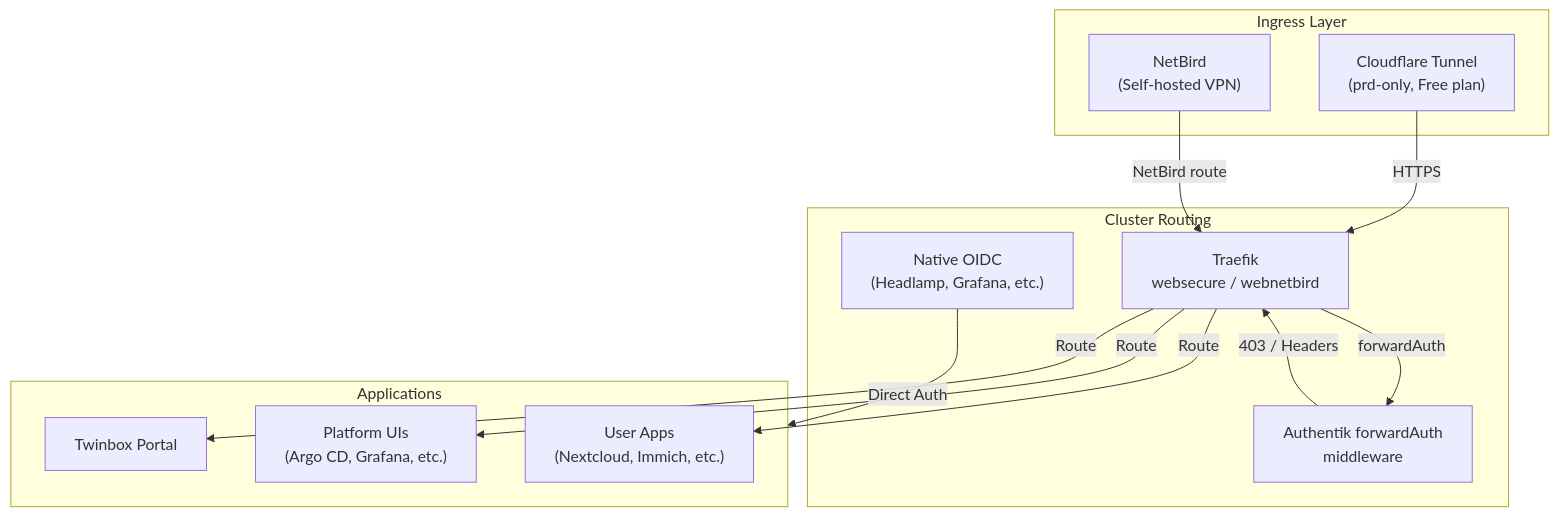
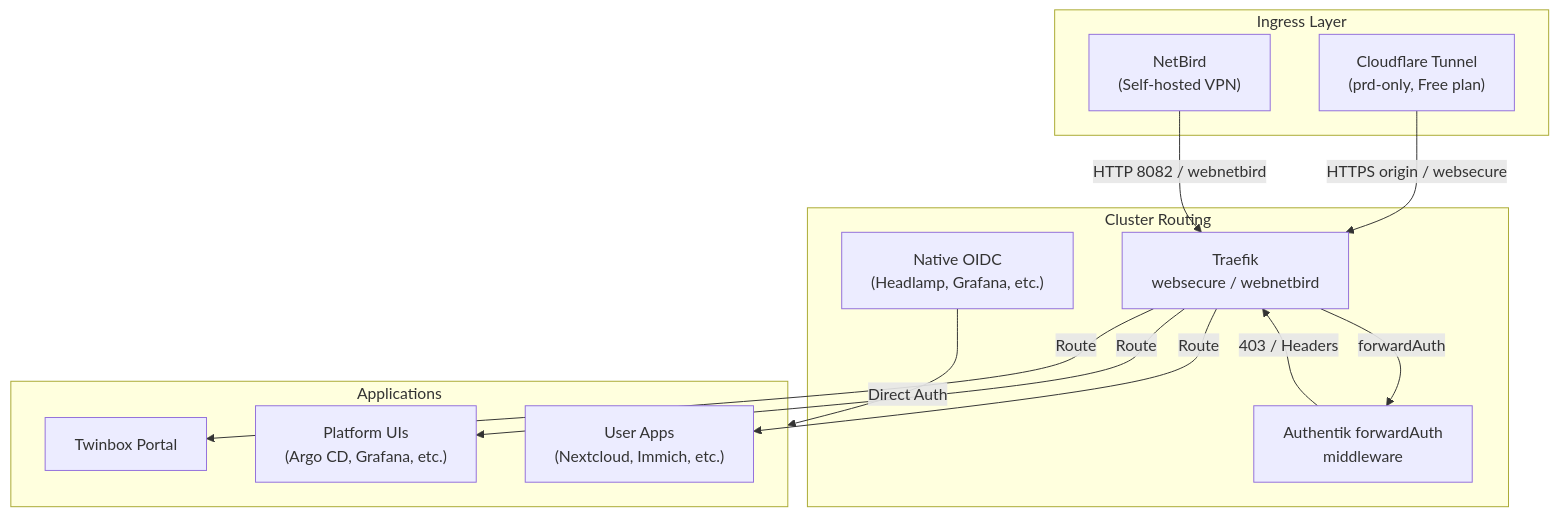
One commit to harrywesterman/Twinbox changed the fifth of 8 diagrams in docs/architecture.md. Above: the diagram before and after it, drawn with Mermaid. The commit also changed other lines of this file and 95 other files, not shown here.

Commit message:
Fix NetBird webnetbird routes for public apps

````diff
--- a/docs/architecture.md
+++ b/docs/architecture.md
@@ -404,31 +404,31 @@
 ```mermaid
 graph TB
     subgraph Ingress["Ingress Layer"]
         CF["Cloudflare Tunnel<br/>(prd-only, Free plan)"]
         NB["NetBird<br/>(Self-hosted VPN)"]
     end
 
     subgraph Routing["Cluster Routing"]
         Traefik["Traefik<br/>websecure / webnetbird"]
         Auth["Authentik forwardAuth<br/>middleware"]
         OIDC["Native OIDC<br/>(Headlamp, Grafana, etc.)"]
     end
 
     subgraph Apps["Applications"]
         Portal["Twinbox Portal"]
         Platform["Platform UIs<br/>(Argo CD, Grafana, etc.)"]
         UserApps["User Apps<br/>(Nextcloud, Immich, etc.)"]
     end
 
-    CF -->|"HTTPS"| Traefik
-    NB -->|"NetBird route"| Traefik
+    CF -->|"HTTPS origin / websecure"| Traefik
+    NB -->|"HTTP 8082 / webnetbird"| Traefik
 
     Traefik -->|"forwardAuth"| Auth
     Auth -->|"403 / Headers"| Traefik
 
     Traefik -->|"Route"| Portal
     Traefik -->|"Route"| Platform
     Traefik -->|"Route"| UserApps
 
     OIDC -->|"Direct Auth"| Apps
 ```
````
